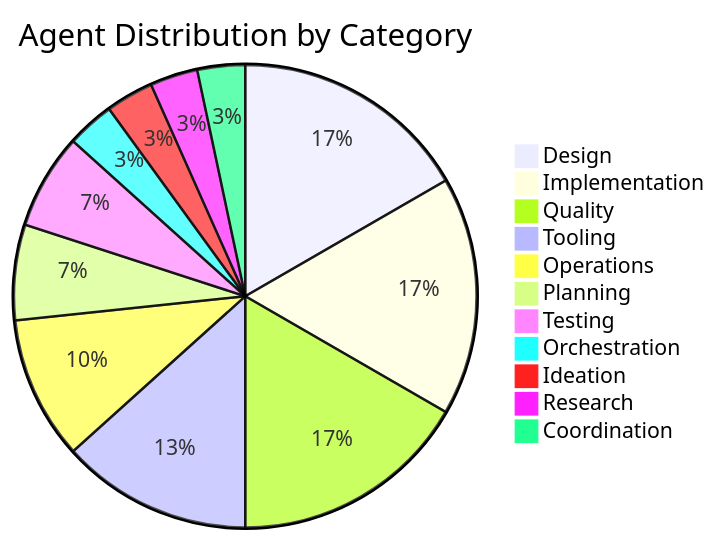
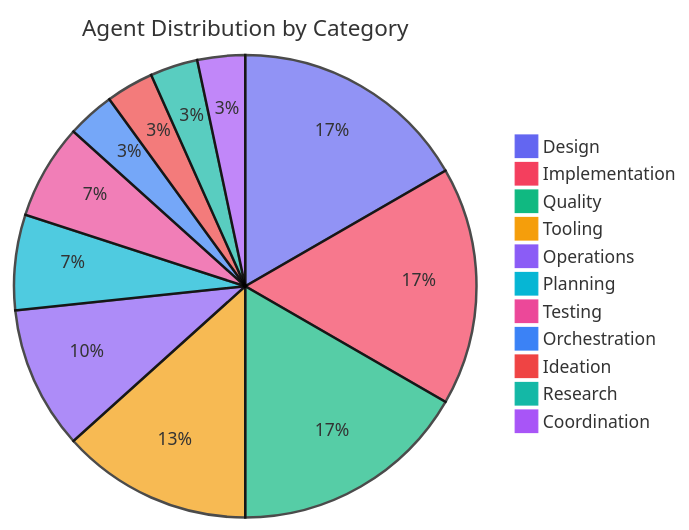
Before and after one commit to veerababumanyam/CodeBot: the first of 3 diagrams in README.md, drawn with Mermaid. The commit also changed other lines of this file, not shown here.

First line of the commit message:
style(readme): add vibrant colors to Mermaid diagrams

````diff
--- a/README.md
+++ b/README.md
@@ -396,14 +396,15 @@
 ```mermaid
+%%{init: {'theme': 'base', 'themeVariables': {'pie1': '#6366F1', 'pie2': '#F43F5E', 'pie3': '#10B981', 'pie4': '#F59E0B', 'pie5': '#8B5CF6', 'pie6': '#06B6D4', 'pie7': '#EC4899', 'pie8': '#3B82F6', 'pie9': '#EF4444', 'pie10': '#14B8A6', 'pie11': '#A855F7', 'pieOuterStrokeWidth': '0', 'pieTitleTextSize': '18px', 'pieSectionTextSize': '14px', 'pieLegendTextSize': '14px', 'pieTextColor': '#ffffff'}}}%%
 pie title Agent Distribution by Category
     "Design" : 5
     "Implementation" : 5
     "Quality" : 5
     "Tooling" : 4
     "Operations" : 3
     "Planning" : 2
     "Testing" : 2
     "Orchestration" : 1
     "Ideation" : 1
     "Research" : 1
     "Coordination" : 1
 ```
````
